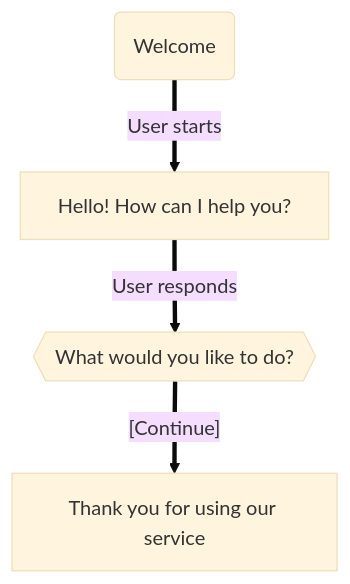
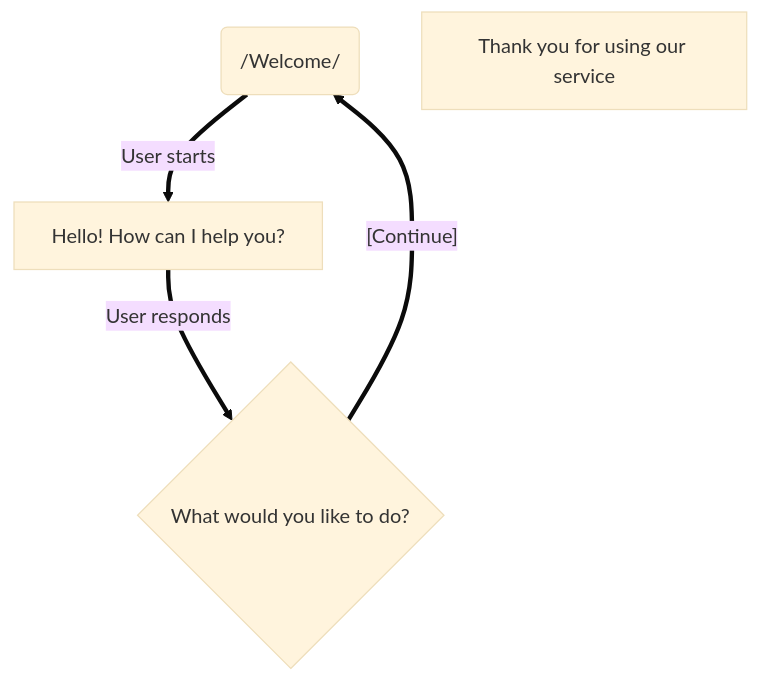
One commit to dexoon/mermaid-template-checker changed the diagram in tests/incorrect/missing-text-media.md. Above: the diagram before and after it, drawn with Mermaid (base theme). The commit also changed 12 other files, not shown here.

Commit message:
feat: add support for stadium shaped nodes in Mermaid flowcharts; enhance validation logic and tests for multi-line labels

````diff
--- a/tests/incorrect/missing-text-media.md
+++ b/tests/incorrect/missing-text-media.md
@@ -3,13 +3,13 @@
 ```mermaid
 flowchart TD
 %% Node Definitions
-START("Welcome")
+START("/Welcome/")
 GREETING["Hello! How can I help you?"]
-CHOICE{{What would you like to do?}}
+CHOICE{"What would you like to do?"}
 END["Thank you for using our service"]
 
 %% Connections
 START == "User starts" ==> GREETING
 GREETING == "User responds" ==> CHOICE
-CHOICE == "[Continue]" ==> END
+CHOICE == "[Continue]" ==> START
 ```
````
